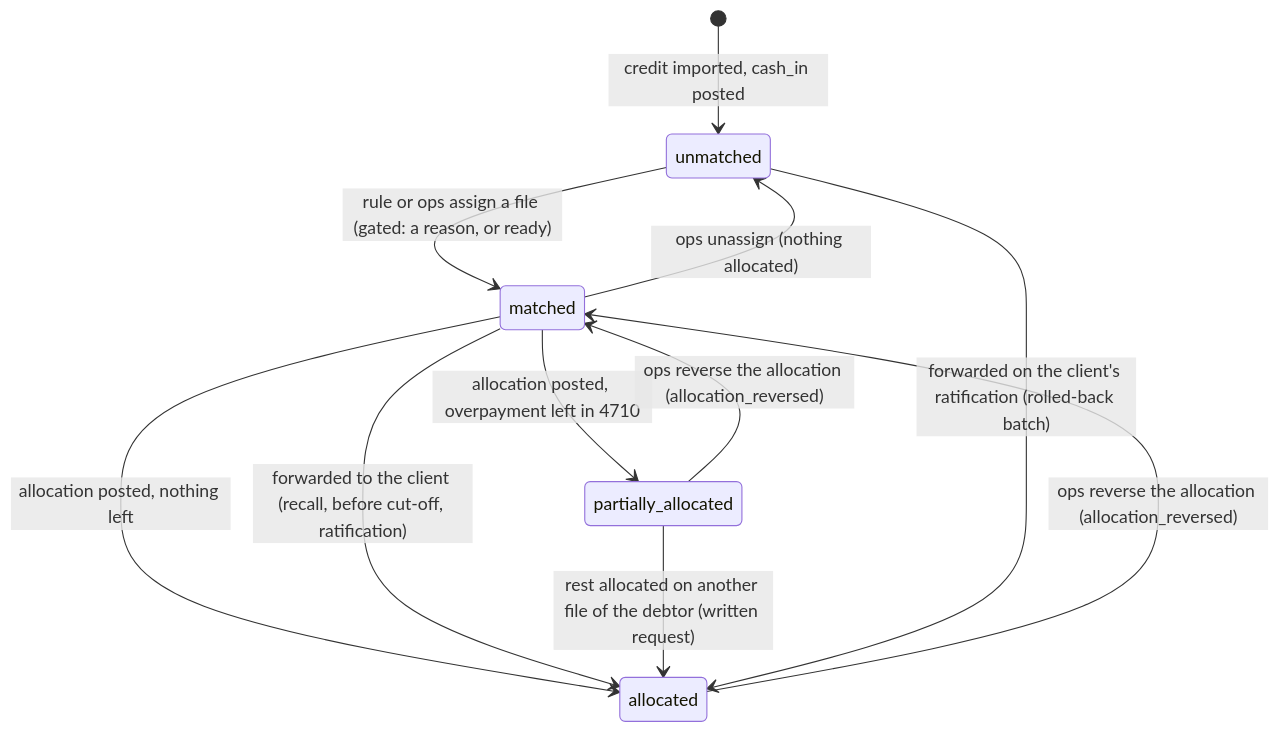
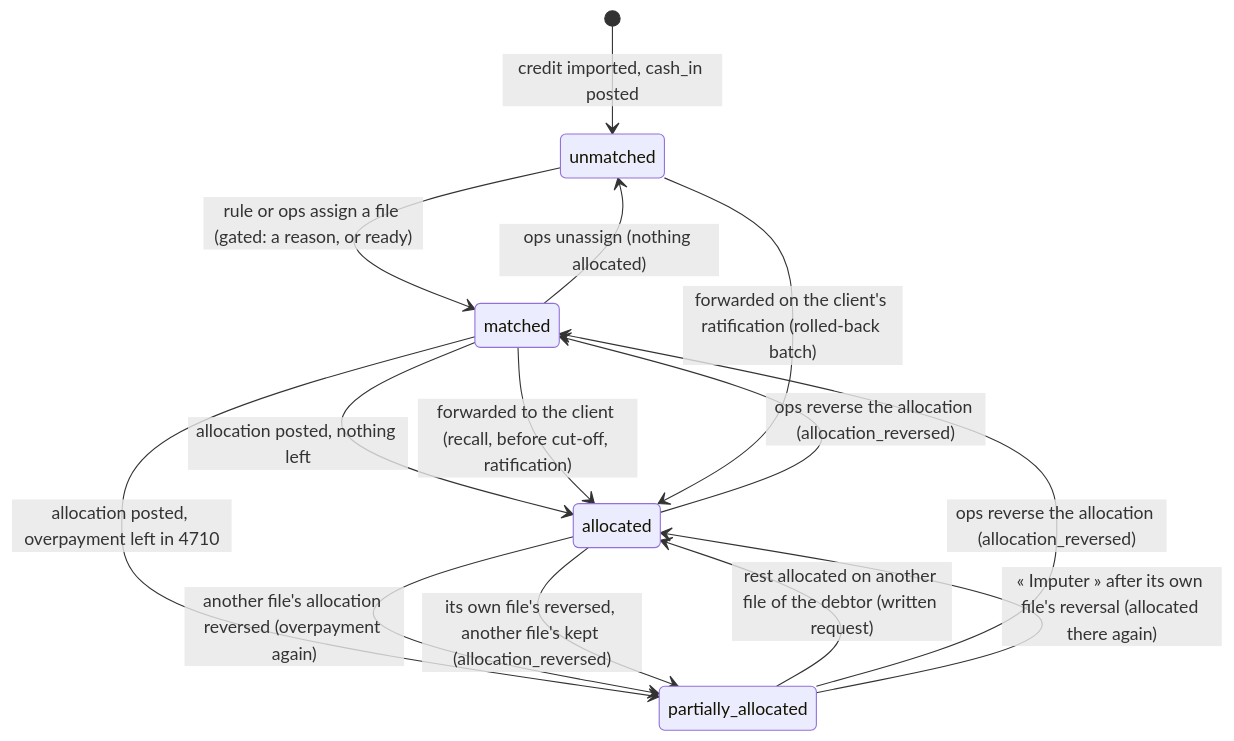
Diagram 15 of 15 in docs/DOMAIN.md (TheliosGroupe/collectoo), drawn with Mermaid before and after one commit. The commit also changed other lines of this file and 29 other files, not shown here.

````diff
--- a/docs/DOMAIN.md
+++ b/docs/DOMAIN.md
@@ -1225,13 +1226,16 @@
 ```mermaid
 stateDiagram-v2
     [*] --> unmatched : credit imported, cash_in posted
     unmatched --> matched : rule or ops assign a file (gated: a reason, or ready)
     matched --> allocated : allocation posted, nothing left
     matched --> partially_allocated : allocation posted, overpayment left in 4710
     matched --> allocated : forwarded to the client (recall, before cut-off, ratification)
     partially_allocated --> allocated : rest allocated on another file of the debtor (written request)
     allocated --> matched : ops reverse the allocation (allocation_reversed)
     partially_allocated --> matched : ops reverse the allocation (allocation_reversed)
+    allocated --> partially_allocated : another file's allocation reversed (overpayment again)
+    allocated --> partially_allocated : its own file's reversed, another file's kept (allocation_reversed)
+    partially_allocated --> allocated : « Imputer » after its own file's reversal (allocated there again)
     matched --> unmatched : ops unassign (nothing allocated)
     unmatched --> allocated : forwarded on the client's ratification (rolled-back batch)
 ```
````
